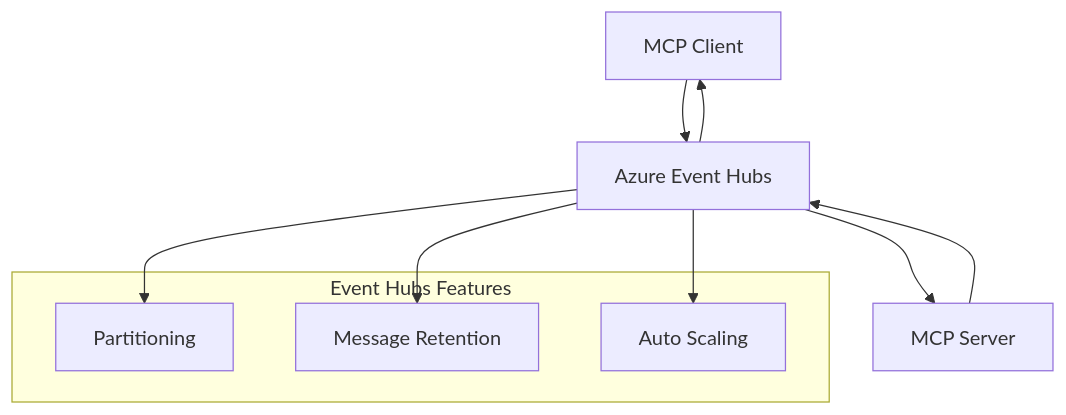
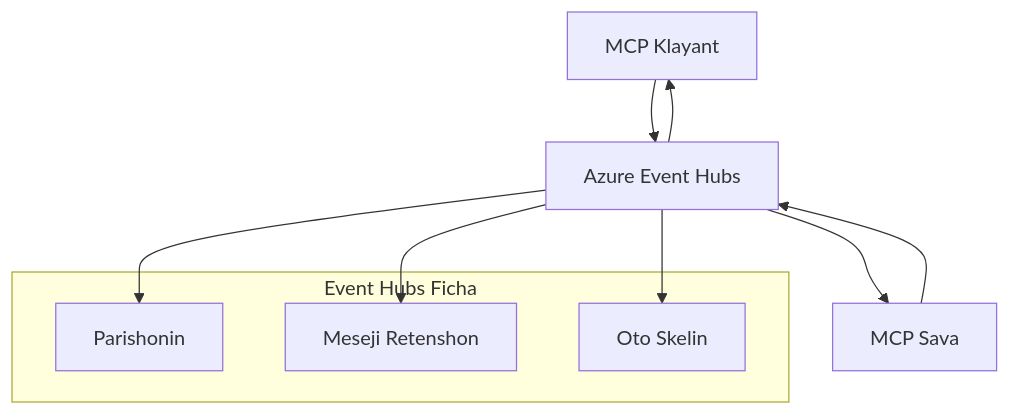
One commit to HIDORAKAI002/ai-workspace-archive changed the second of 2 diagrams in mcp_ecosystem__model_context_protocol/mcp_learning_resources/mcp-for-beginners/translations/pcm/05-AdvancedTopics/mcp-transport/README.md. Above: the diagram before and after it, drawn with Mermaid. The commit also changed other lines of this file and 1539 other files, not shown here.

````diff
--- a/mcp_ecosystem__model_context_protocol/mcp_learning_resources/mcp-for-beginners/translations/pcm/05-AdvancedTopics/mcp-transport/README.md
+++ b/mcp_ecosystem__model_context_protocol/mcp_learning_resources/mcp-for-beginners/translations/pcm/05-AdvancedTopics/mcp-transport/README.md
@@ -269,17 +270,17 @@
 ```mermaid
 graph TB
-    Client[MCP Client] --> EH[Azure Event Hubs]
-    EH --> Server[MCP Server]
+    Client[MCP Klayant] --> EH[Azure Event Hubs]
+    EH --> Server[MCP Sava]
     Server --> EH
     EH --> Client
     
-    subgraph "Event Hubs Features"
-        Partition[Partitioning]
-        Retention[Message Retention]
-        Scaling[Auto Scaling]
+    subgraph "Event Hubs Ficha"
+        Partition[Parishonin]
+        Retention[Meseji Retenshon]
+        Scaling[Oto Skelin]
     end
     
     EH --> Partition
     EH --> Retention
     EH --> Scaling
 ```
````
